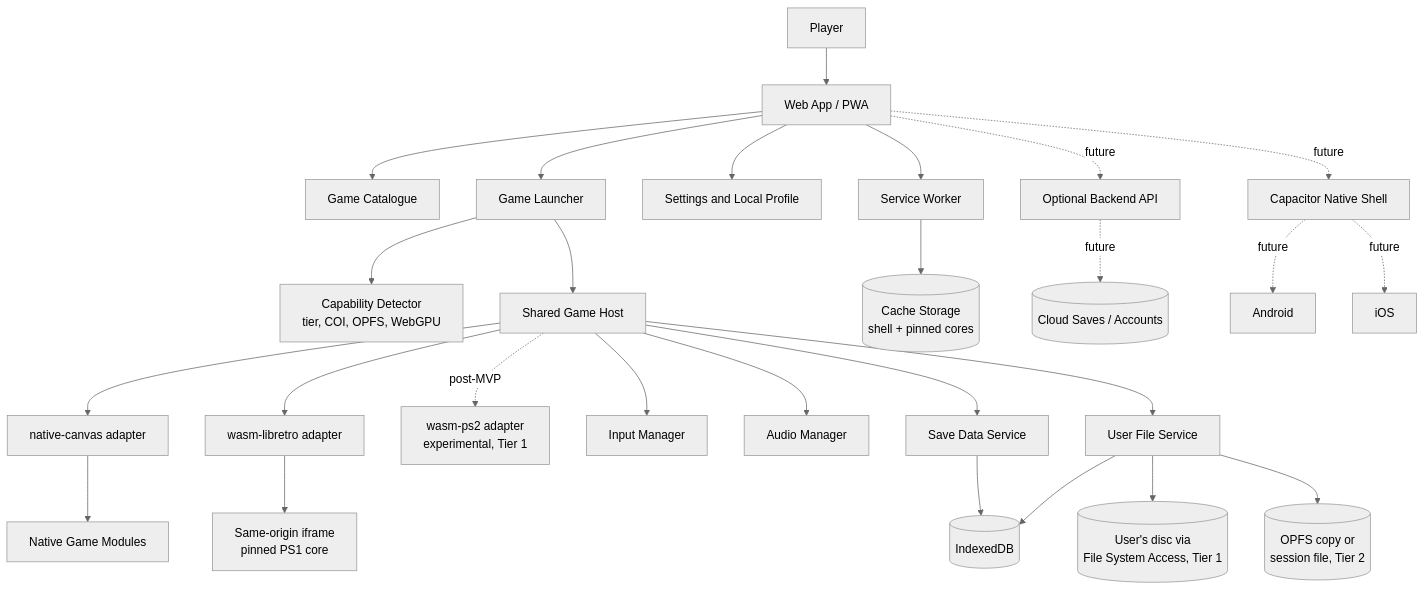
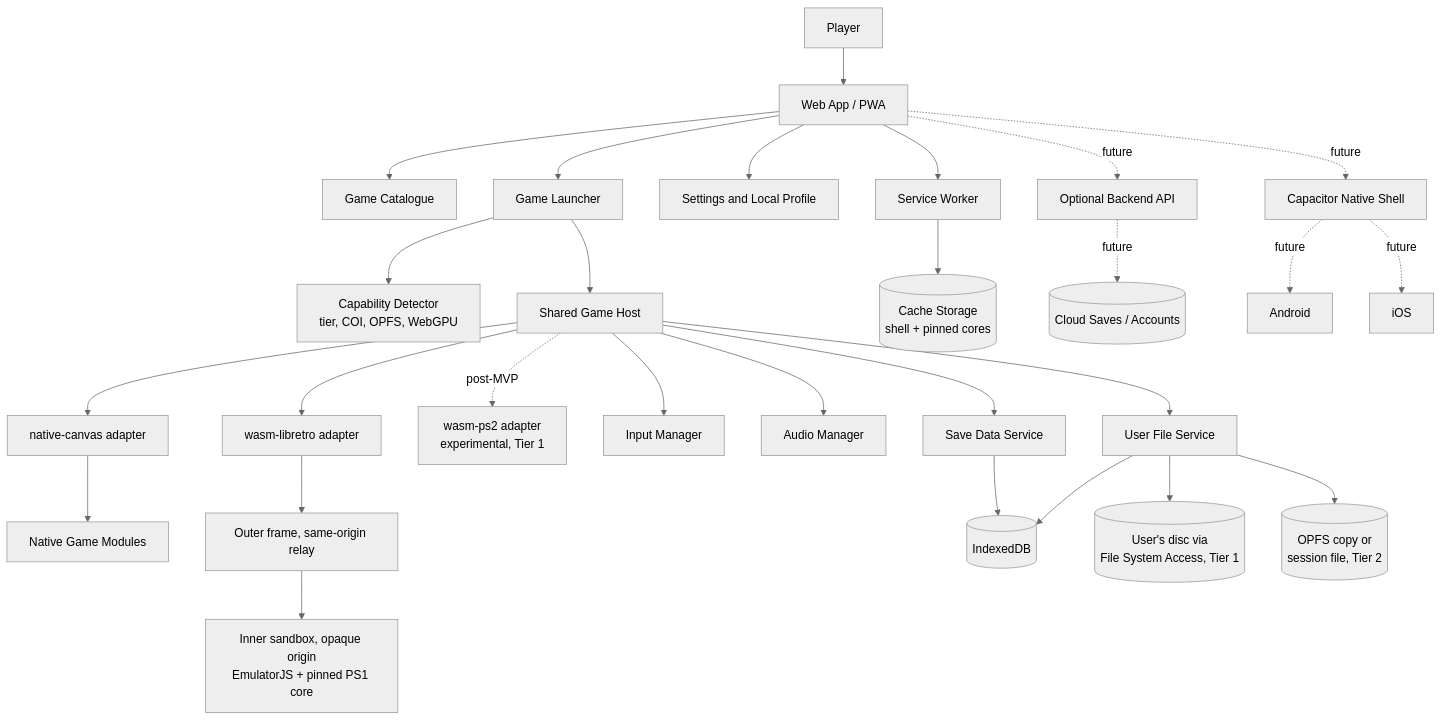
Before and after one commit to AungCN/retro-game-mm: the diagram in docs/architecture/SYSTEM_OVERVIEW.md, drawn with Mermaid (neutral theme). The commit also changed other lines of this file and 4 other files, not shown here.

Commit message:
docs(security): threat model; ADR-0002, security and architecture docs updated for the two-layer sandbox

````diff
--- a/docs/architecture/SYSTEM_OVERVIEW.md
+++ b/docs/architecture/SYSTEM_OVERVIEW.md
@@ -12,29 +12,29 @@
 ```mermaid
 flowchart TB
     USER[Player] --> WEB[Web App / PWA]
     WEB --> CATALOG[Game Catalogue]
     WEB --> LAUNCHER[Game Launcher]
     WEB --> SETTINGS[Settings and Local Profile]
     LAUNCHER --> CAPS[Capability Detector<br/>tier, COI, OPFS, WebGPU]
     LAUNCHER --> HOST[Shared Game Host]
     HOST --> NATIVE[native-canvas adapter]
     NATIVE --> G1[Native Game Modules]
     HOST --> LIBRETRO[wasm-libretro adapter]
-    LIBRETRO --> FRAME[Same-origin iframe<br/>pinned PS1 core]
+    LIBRETRO --> FRAME[Outer frame, same-origin relay] --> SANDBOX[Inner sandbox, opaque origin<br/>EmulatorJS + pinned PS1 core]
     HOST -. post-MVP .-> PS2[wasm-ps2 adapter<br/>experimental, Tier 1]
     HOST --> INPUT[Input Manager]
     HOST --> AUDIO[Audio Manager]
     HOST --> SAVE[Save Data Service]
     HOST --> FILES[User File Service]
     SAVE --> IDB[(IndexedDB)]
     FILES --> FSA[(User's disc via<br/>File System Access, Tier 1)]
     FILES --> OPFS[(OPFS copy or<br/>session file, Tier 2)]
     FILES --> IDB
     WEB --> SW[Service Worker]
     SW --> CACHE[(Cache Storage<br/>shell + pinned cores)]
     WEB -. future .-> API[Optional Backend API]
     API -. future .-> CLOUD[(Cloud Saves / Accounts)]
     WEB -. future .-> CAP[Capacitor Native Shell]
     CAP -. future .-> AND[Android]
     CAP -. future .-> IOS[iOS]
 ```
````
